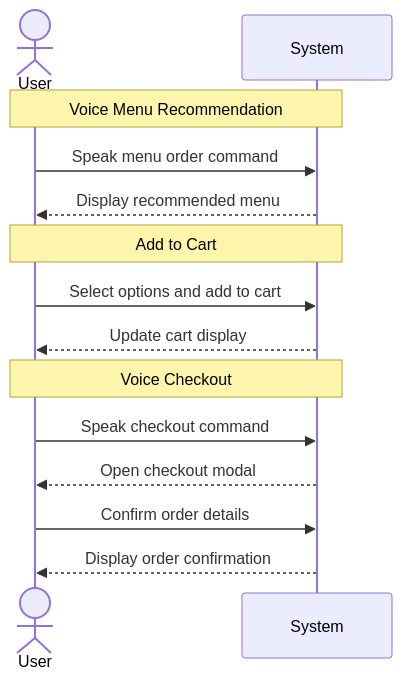
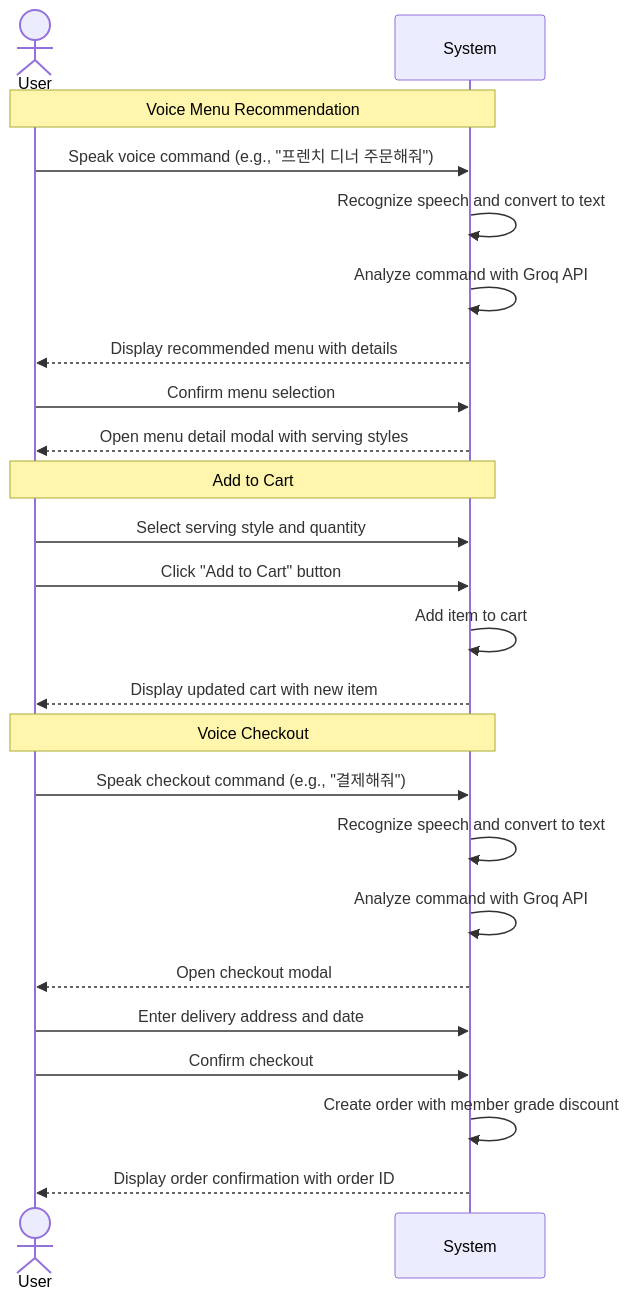
One commit to Ddogan-zip/ddoganzip-frontend changed the first of 6 diagrams in docs/sequence-diagrams-voice-recognition.md. Above: the diagram before and after it, drawn with Mermaid. The commit also changed other lines of this file, not shown here.

Commit message:
Merge voice recognition sequence diagrams into single flow
Combine Part 1 diagrams (1-1 through 1-4) into one comprehensive
Voice Order Flow diagram for better readability.

````diff
--- a/docs/sequence-diagrams-voice-recognition.md
+++ b/docs/sequence-diagrams-voice-recognition.md
@@ -76,19 +24,29 @@
 ```mermaid
 sequenceDiagram
     actor User
     participant System
 
     Note over User,System: Voice Menu Recommendation
-    User->>System: Speak menu order command
-    System-->>User: Display recommended menu
+    User->>System: Speak voice command (e.g., "프렌치 디너 주문해줘")
+    System->>System: Recognize speech and convert to text
+    System->>System: Analyze command with Groq API
+    System-->>User: Display recommended menu with details
+    User->>System: Confirm menu selection
+    System-->>User: Open menu detail modal with serving styles
 
     Note over User,System: Add to Cart
-    User->>System: Select options and add to cart
-    System-->>User: Update cart display
+    User->>System: Select serving style and quantity
+    User->>System: Click "Add to Cart" button
+    System->>System: Add item to cart
+    System-->>User: Display updated cart with new item
 
     Note over User,System: Voice Checkout
-    User->>System: Speak checkout command
+    User->>System: Speak checkout command (e.g., "결제해줘")
+    System->>System: Recognize speech and convert to text
+    System->>System: Analyze command with Groq API
     System-->>User: Open checkout modal
-    User->>System: Confirm order details
-    System-->>User: Display order confirmation
+    User->>System: Enter delivery address and date
+    User->>System: Confirm checkout
+    System->>System: Create order with member grade discount
+    System-->>User: Display order confirmation with order ID
 ```
````
